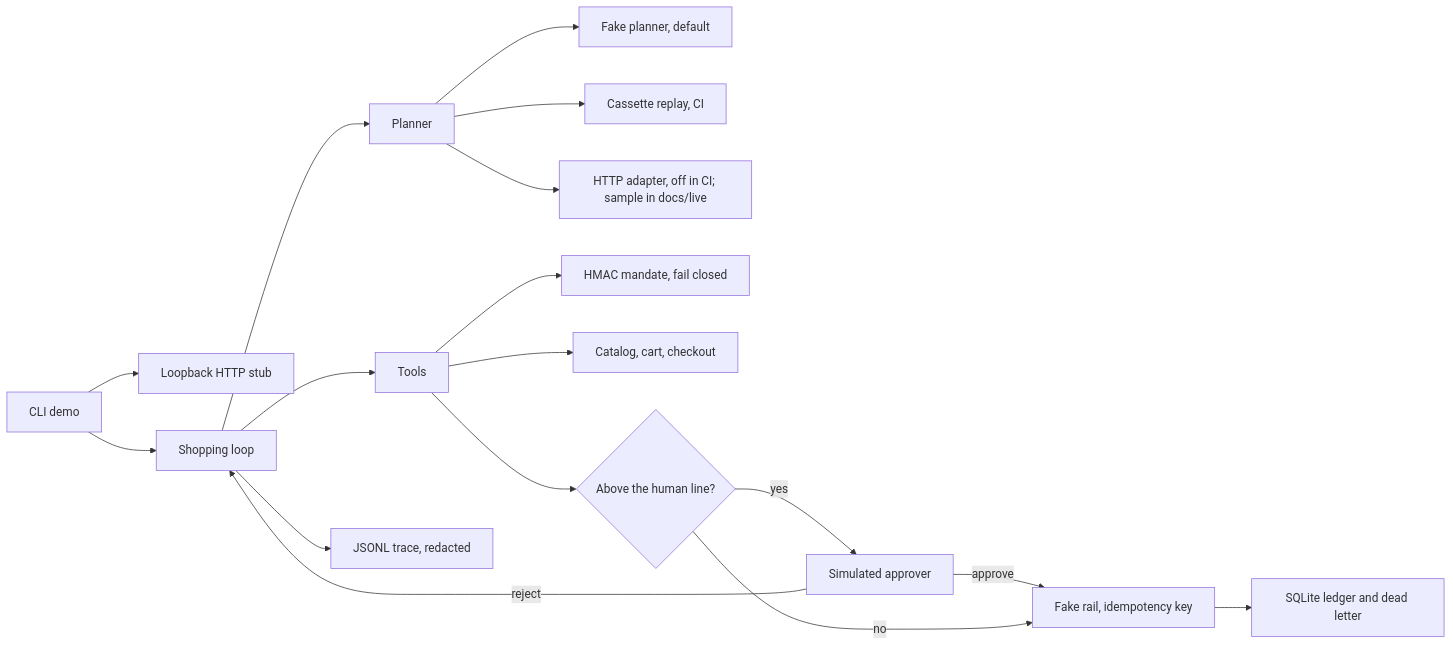
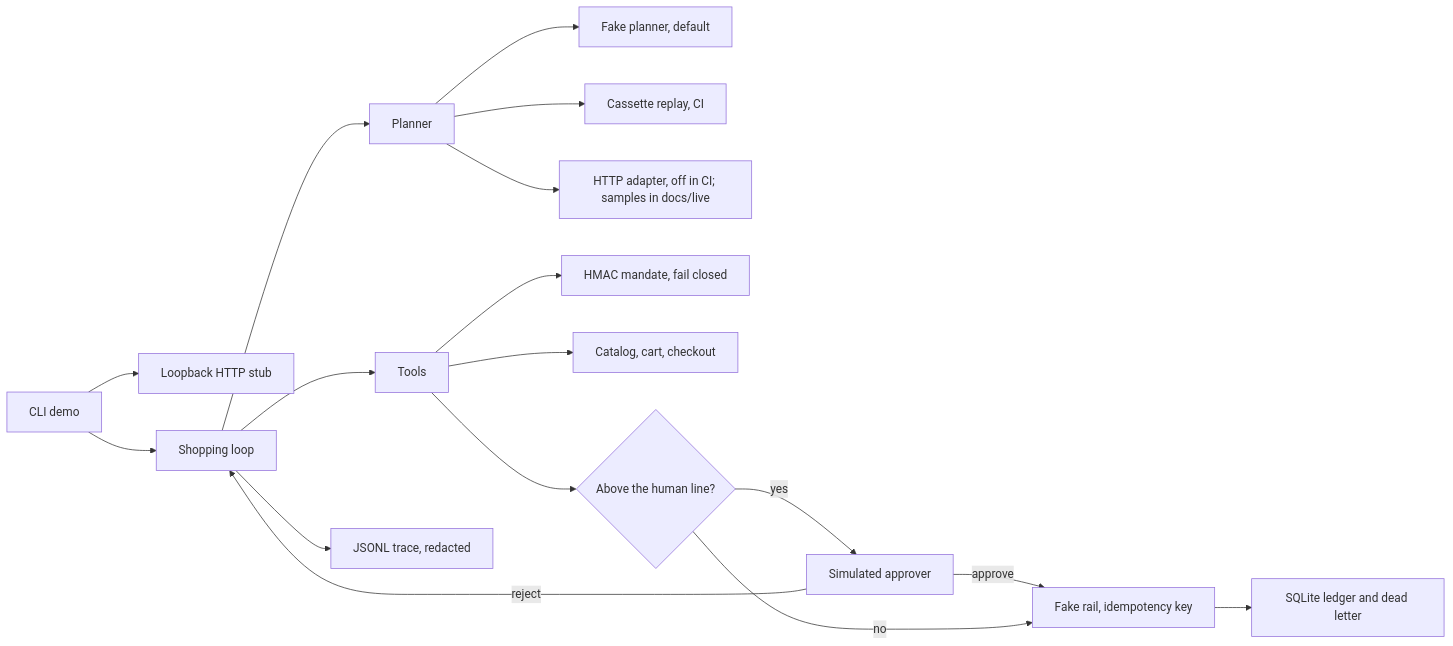
Before and after one commit to dlescanogithub/agent-commerce-mandates-lab: the diagram in docs/architecture.md, drawn with Mermaid. The commit also changed 32 other files, not shown here.

````diff
--- a/docs/architecture.md
+++ b/docs/architecture.md
@@ -5,19 +5,19 @@
 ```mermaid
 flowchart LR
   caller["CLI demo"] --> http["Loopback HTTP stub"]
   caller --> runner["Shopping loop"]
   runner --> model["Planner"]
   model --> fake["Fake planner, default"]
   model --> cassette["Cassette replay, CI"]
-  model --> live["HTTP adapter, off in CI; sample in docs/live"]
+  model --> live["HTTP adapter, off in CI; samples in docs/live"]
   runner --> tools["Tools"]
   tools --> mandate["HMAC mandate, fail closed"]
   tools --> merchant["Catalog, cart, checkout"]
   tools --> human{"Above the human line?"}
   human -->|yes| person["Simulated approver"]
   person -->|approve| rail["Fake rail, idempotency key"]
   person -->|reject| runner
   human -->|no| rail
   rail --> ledger["SQLite ledger and dead letter"]
   runner --> trace["JSONL trace, redacted"]
 ```
````
